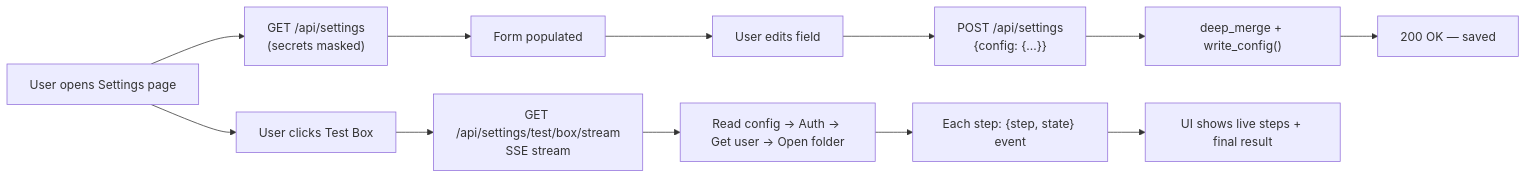
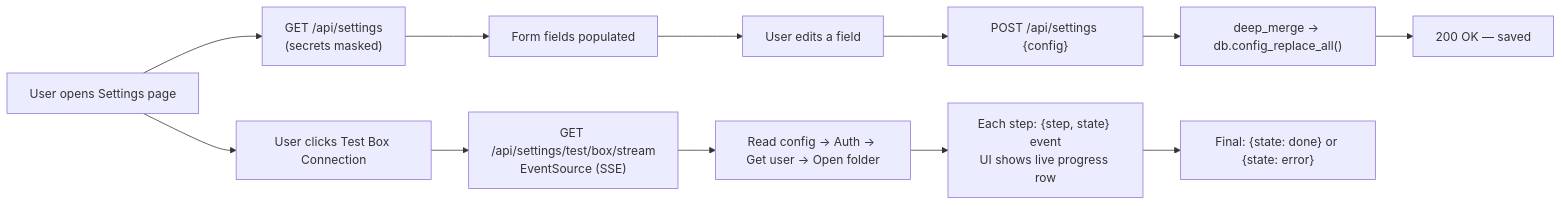
One commit to HackToTheFuture-WatsonX/WatsonX changed the seventh of 8 diagrams in docs/pdf-extractor-v3/features.md. Above: the diagram before and after it, drawn with Mermaid. The commit also changed other lines of this file and 9 other files, not shown here.

````diff
--- a/docs/pdf-extractor-v3/features.md
+++ b/docs/pdf-extractor-v3/features.md
@@ -276,15 +280,15 @@
 ```mermaid
 flowchart LR
     A["User opens Settings page"] --> B["GET /api/settings\n(secrets masked)"]
-    B --> C["Form populated"]
-    C --> D["User edits field"]
-    D --> E["POST /api/settings\n{config: {...}}"]
-    E --> F["deep_merge + write_config()"]
+    B --> C["Form fields populated"]
+    C --> D["User edits a field"]
+    D --> E["POST /api/settings {config}"]
+    E --> F["deep_merge → db.config_replace_all()"]
     F --> G["200 OK — saved"]
 
-    A --> H["User clicks Test Box"]
-    H --> I["GET /api/settings/test/box/stream\nSSE stream"]
+    A --> H["User clicks Test Box Connection"]
+    H --> I["GET /api/settings/test/box/stream\nEventSource (SSE)"]
     I --> J["Read config → Auth → Get user → Open folder"]
-    J --> K["Each step: {step, state} event"]
-    K --> L["UI shows live steps + final result"]
+    J --> K["Each step: {step, state} event\nUI shows live progress row"]
+    K --> L["Final: {state: done} or {state: error}"]
 ```
````
